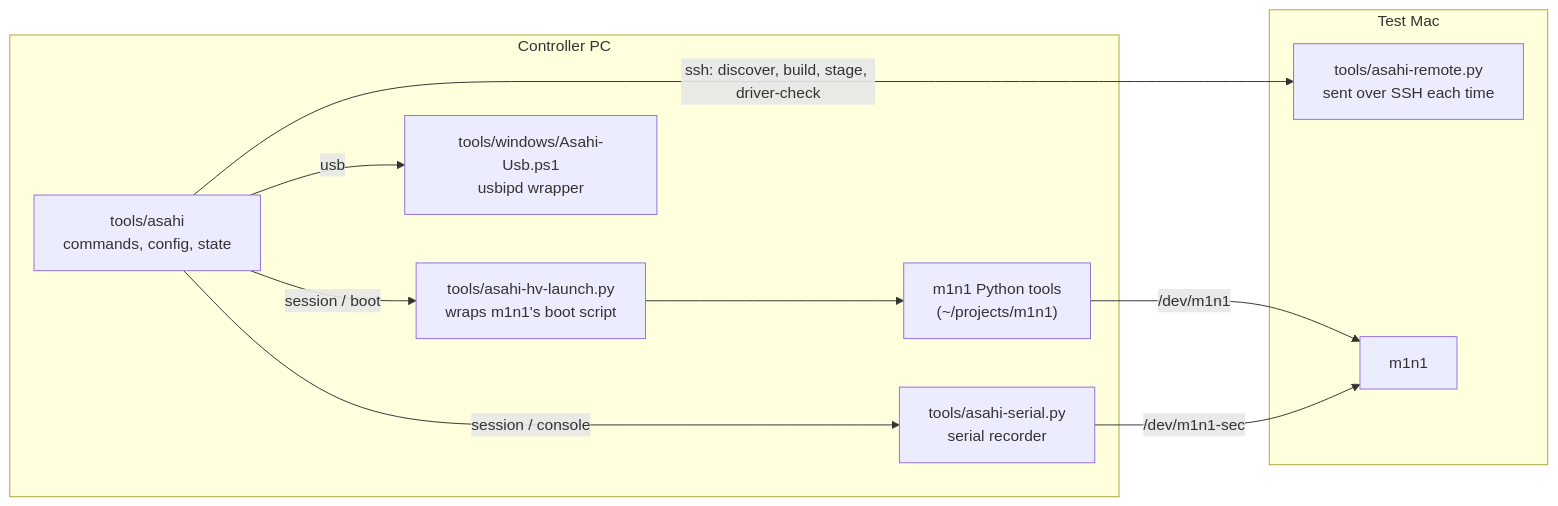
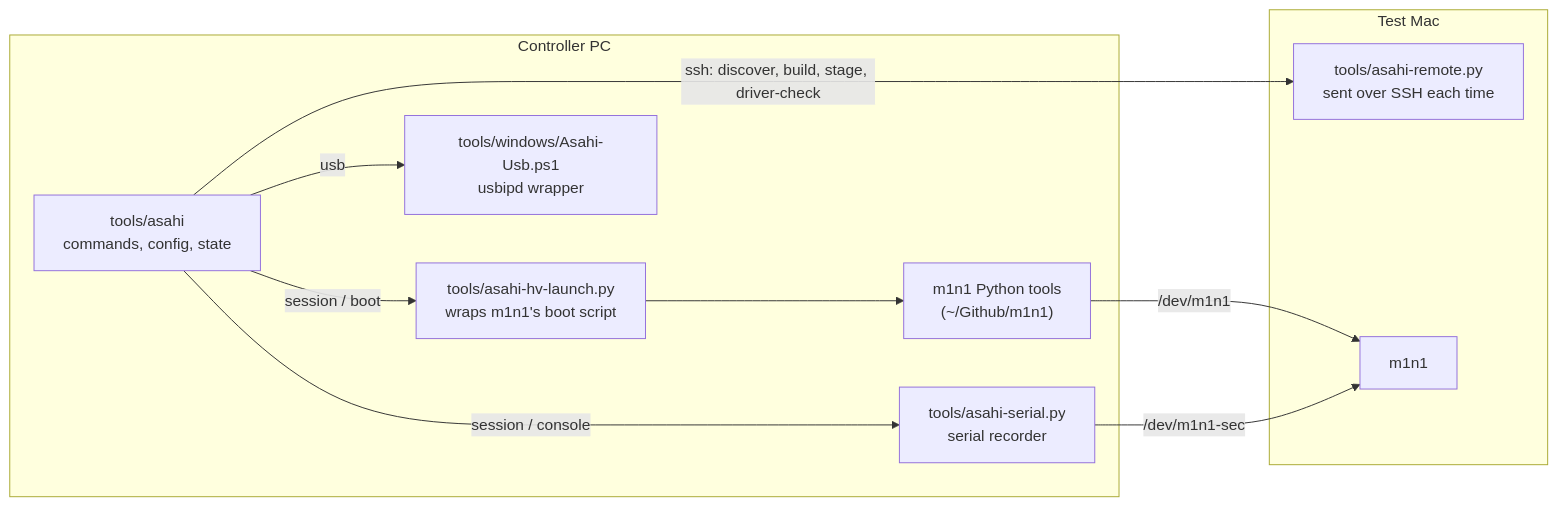
One commit to MagicCat3022/Asahi-Linux-Senior-Design-Project changed the diagram in docs/reference/asahi-tool.md. Above: the diagram before and after it, drawn with Mermaid. The commit also changed other lines of this file and 60 other files, not shown here.

````diff
--- a/docs/reference/asahi-tool.md
+++ b/docs/reference/asahi-tool.md
@@ -11,18 +11,18 @@
 ```mermaid
 flowchart LR
     subgraph PC["Controller PC"]
         cli["tools/asahi<br/>commands, config, state"]
         launch["tools/asahi-hv-launch.py<br/>wraps m1n1's boot script"]
         serial["tools/asahi-serial.py<br/>serial recorder"]
         ps["tools/windows/Asahi-Usb.ps1<br/>usbipd wrapper"]
-        m1n1py["m1n1 Python tools<br/>(~/projects/m1n1)"]
+        m1n1py["m1n1 Python tools<br/>(~/Github/m1n1)"]
     end
     subgraph Mac["Test Mac"]
         remote["tools/asahi-remote.py<br/>sent over SSH each time"]
         hv["m1n1"]
     end
     cli -- "ssh: discover, build, stage, driver-check" --> remote
     cli -- "session / boot" --> launch --> m1n1py -- "/dev/m1n1" --> hv
     cli -- "session / console" --> serial -- "/dev/m1n1-sec" --> hv
     cli -- "usb" --> ps
 ```
````
